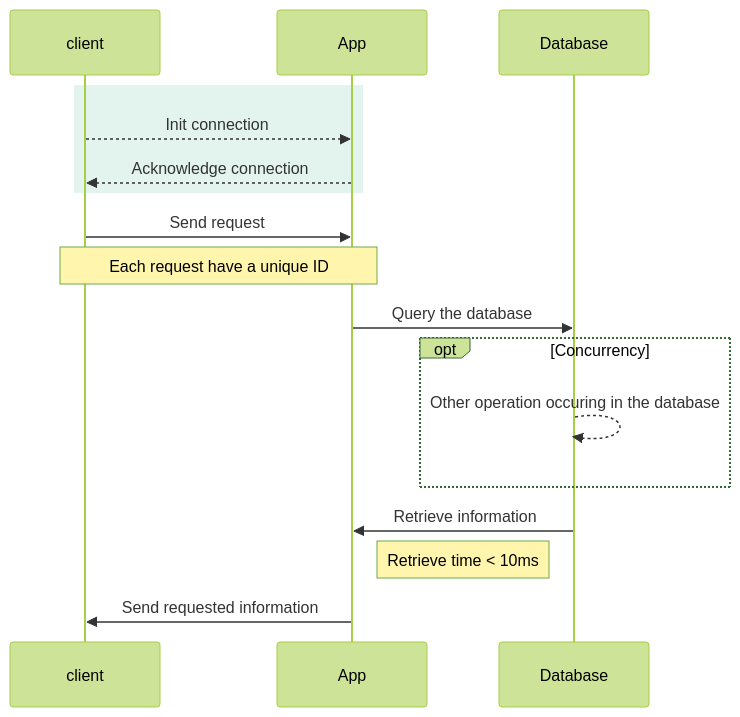
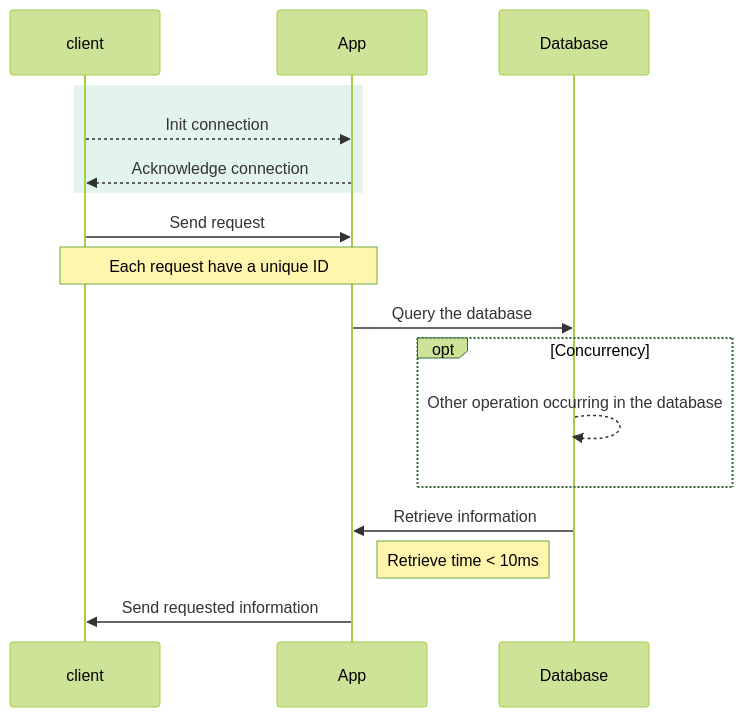
Before and after one commit to sylhare/sylhare.github.io: the diagram in _posts/2020/2020-10-31-Mermaid-Diagram.md, drawn with Mermaid (forest theme). The commit also changed other lines of this file and 1 other file, not shown here.

Commit message:
Update to 2.4.9

```diff
--- a/_posts/2020/2020-10-31-Mermaid-Diagram.md
+++ b/_posts/2020/2020-10-31-Mermaid-Diagram.md
@@ -50,19 +50,19 @@
 <div class="mermaid"> 
 sequenceDiagram
   participant C as client
   participant A as App
   participant B as Database
   rect rgba(216,240,232, .7)
-  C -->> A : Init connection
+  C -->> A: Init connection
   A -->> C: Acknowledge connection
   end
-  C ->> A : Send request
+  C ->> A: Send request
   Note over C,A : Each request have a unique ID
-  A ->> B : Query the database
+  A ->> B: Query the database
   opt Concurrency
-    B -->> B : Other operation occuring in the database
+    B -->> B: Other operation occurring in the database
   end
-  B ->> A : Retrieve information
+  B ->> A: Retrieve information
   Note left of B: Retrieve time < 10ms
-  A ->> C : Send requested information
+  A ->> C: Send requested information
 </div>
```
